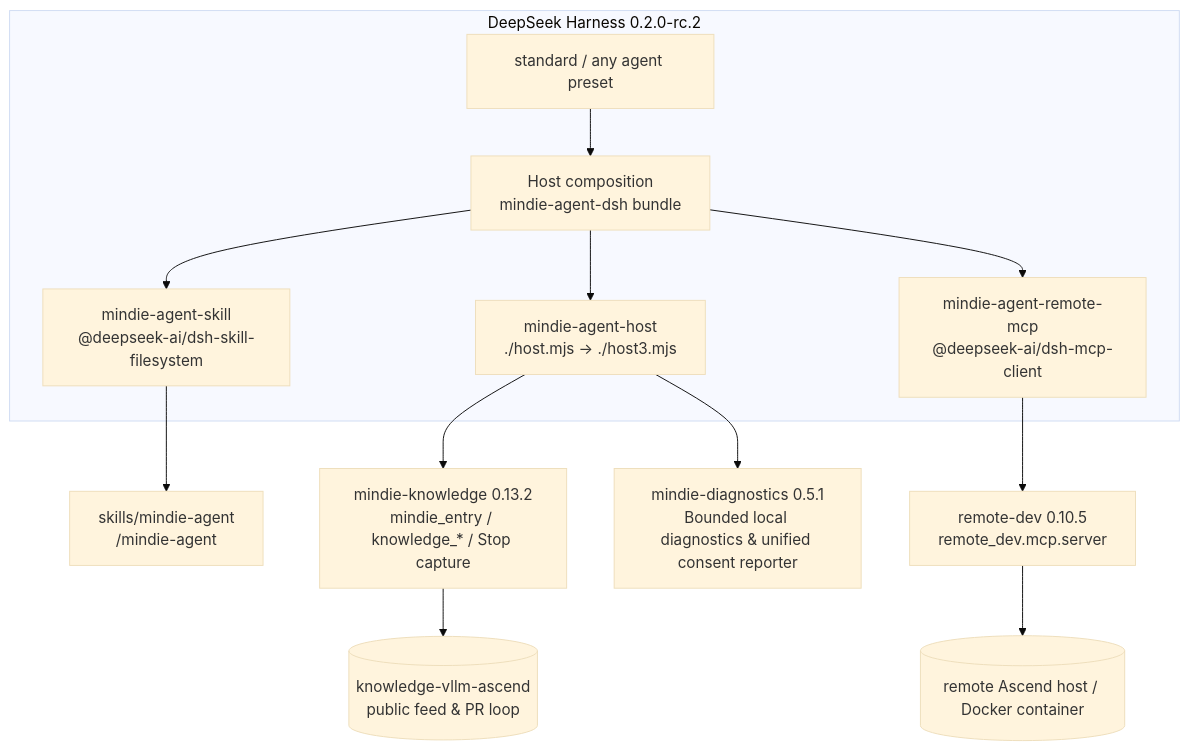
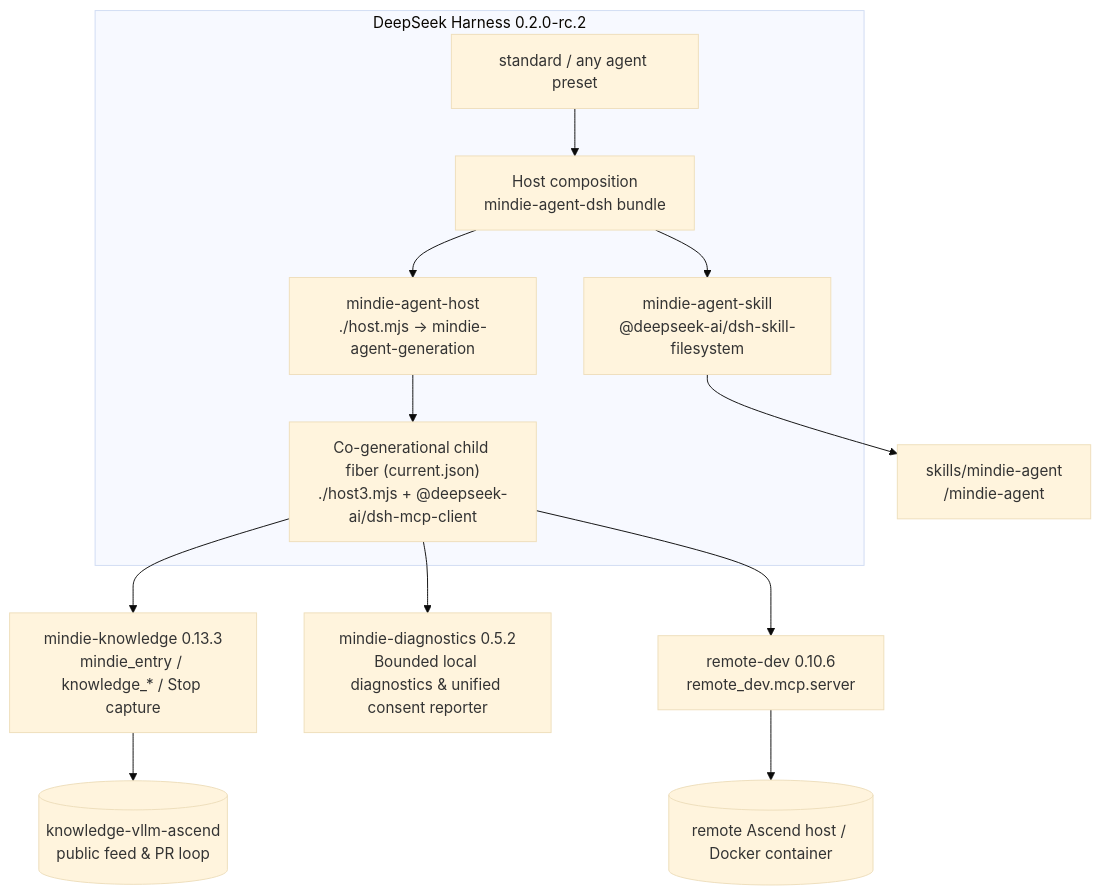
Before and after one commit to mindie-agent/mindie-agent-dsh: the diagram in README.en.md, drawn with Mermaid (base theme). The commit also changed other lines of this file and 10 other files, not shown here.

````diff
--- a/README.en.md
+++ b/README.en.md
@@ -197,20 +197,20 @@
 ```mermaid
 flowchart TB
   subgraph DSH["DeepSeek Harness 0.2.0-rc.2"]
     HOST["Host composition<br/>mindie-agent-dsh bundle"]
     STD["standard / any agent preset"]
     SKILL["mindie-agent-skill<br/>@deepseek-ai/dsh-skill-filesystem"]
-    HPLUG["mindie-agent-host<br/>./host.mjs -> ./host3.mjs"]
-    RMC["mindie-agent-remote-mcp<br/>@deepseek-ai/dsh-mcp-client"]
+    HPLUG["mindie-agent-host<br/>./host.mjs -> mindie-agent-generation"]
+    GEN["Co-generational child fiber (current.json)<br/>./host3.mjs + @deepseek-ai/dsh-mcp-client"]
     STD --> HOST
     HOST --> SKILL
     HOST --> HPLUG
-    HOST --> RMC
+    HPLUG --> GEN
   end
   SKILL --> SK["skills/mindie-agent<br/>/mindie-agent"]
-  HPLUG --> KS["mindie-knowledge 0.13.2<br/>mindie_entry / knowledge_* / Stop capture"]
-  HPLUG --> DIAG["mindie-diagnostics 0.5.1<br/>Bounded local diagnostics & unified consent reporter"]
+  GEN --> KS["mindie-knowledge 0.13.3<br/>mindie_entry / knowledge_* / Stop capture"]
+  GEN --> DIAG["mindie-diagnostics 0.5.2<br/>Bounded local diagnostics & unified consent reporter"]
   KS --> FEED[("knowledge-vllm-ascend<br/>public feed & PR loop")]
-  RMC --> RD["remote-dev 0.10.5<br/>remote_dev.mcp.server"]
+  GEN --> RD["remote-dev 0.10.6<br/>remote_dev.mcp.server"]
   RD --> NPU[("remote Ascend host / Docker container")]
 ```
````
